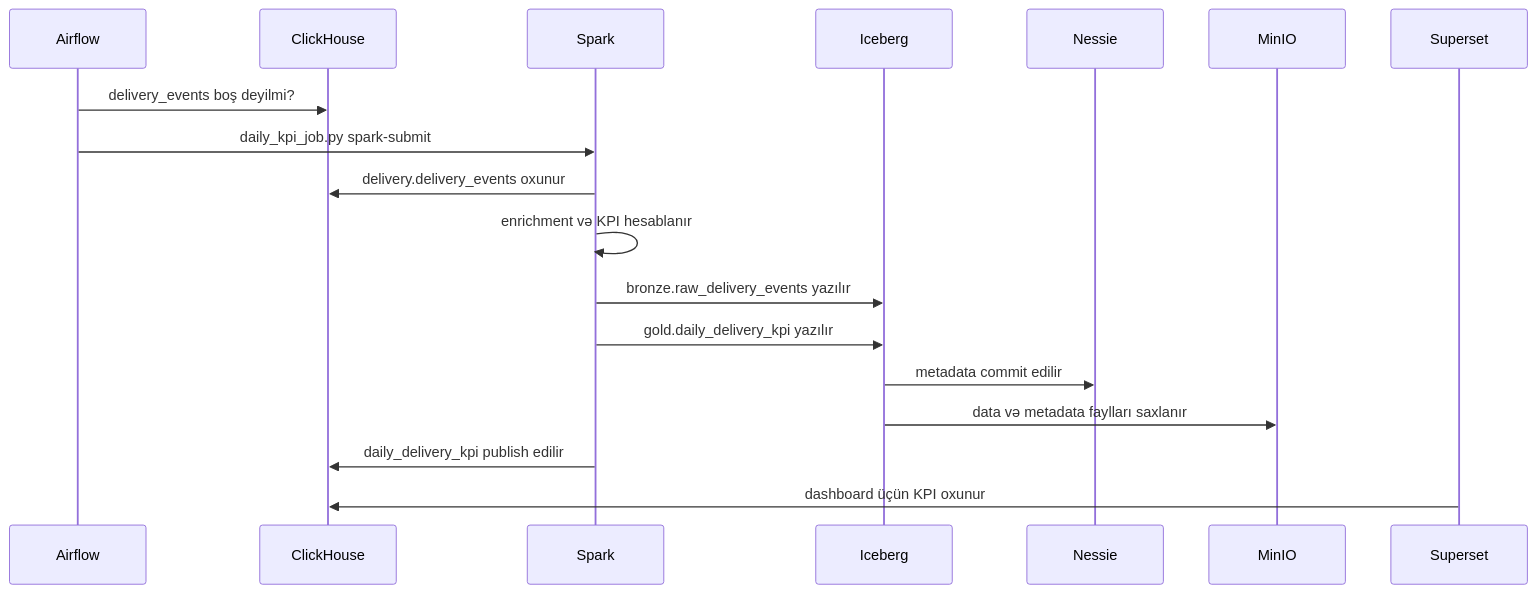
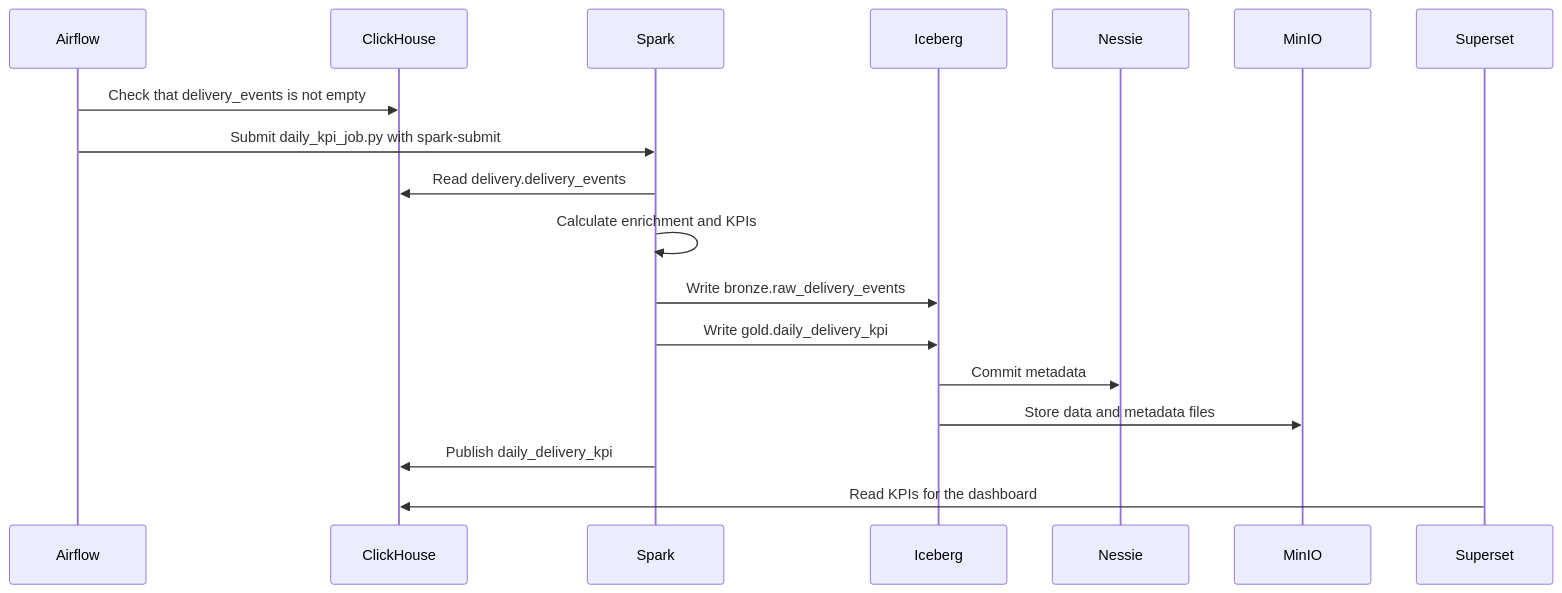
The third of 4 diagrams in docs/application-workflow.md (VugarMammadov87/deliveryflow-project), drawn with Mermaid before and after one commit. The commit also changed other lines of this file and 37 other files, not shown here.

````diff
--- a/docs/application-workflow.md
+++ b/docs/application-workflow.md
@@ -246,21 +283,21 @@
 ```mermaid
 sequenceDiagram
     participant A as Airflow
     participant CH as ClickHouse
     participant SP as Spark
     participant I as Iceberg
     participant N as Nessie
     participant M as MinIO
     participant S as Superset
 
-    A->>CH: delivery_events boş deyilmi?
-    A->>SP: daily_kpi_job.py spark-submit
-    SP->>CH: delivery.delivery_events oxunur
-    SP->>SP: enrichment və KPI hesablanır
-    SP->>I: bronze.raw_delivery_events yazılır
-    SP->>I: gold.daily_delivery_kpi yazılır
-    I->>N: metadata commit edilir
-    I->>M: data və metadata faylları saxlanır
-    SP->>CH: daily_delivery_kpi publish edilir
-    S->>CH: dashboard üçün KPI oxunur
+    A->>CH: Check that delivery_events is not empty
+    A->>SP: Submit daily_kpi_job.py with spark-submit
+    SP->>CH: Read delivery.delivery_events
+    SP->>SP: Calculate enrichment and KPIs
+    SP->>I: Write bronze.raw_delivery_events
+    SP->>I: Write gold.daily_delivery_kpi
+    I->>N: Commit metadata
+    I->>M: Store data and metadata files
+    SP->>CH: Publish daily_delivery_kpi
+    S->>CH: Read KPIs for the dashboard
 ```
````
